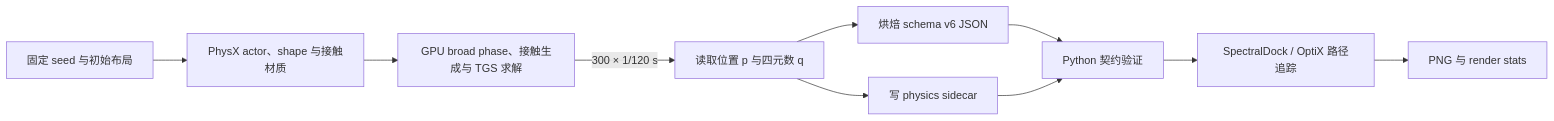
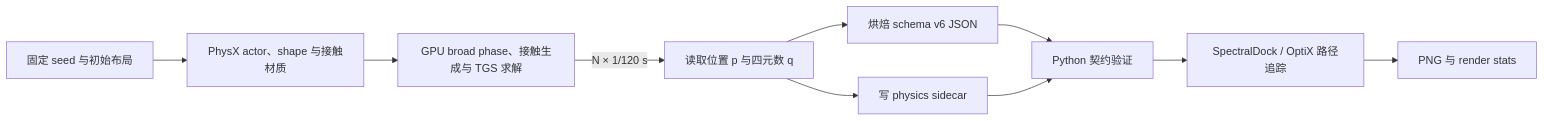
The diagram in docs/technical-report/10-physx-rigid-body-scene-baking.md (goooxu/SpectralDock), drawn with Mermaid before and after one commit. The commit also changed other lines of this file and 23 other files, not shown here.

```diff
--- a/docs/technical-report/10-physx-rigid-body-scene-baking.md
+++ b/docs/technical-report/10-physx-rigid-body-scene-baking.md
@@ -18,12 +20,12 @@
 ~~~mermaid
 flowchart LR
     A["固定 seed 与初始布局"] --> B["PhysX actor、shape 与接触材质"]
     B --> C["GPU broad phase、接触生成与 TGS 求解"]
-    C -->|"300 × 1/120 s"| D["读取位置 p 与四元数 q"]
+    C -->|"N × 1/120 s"| D["读取位置 p 与四元数 q"]
     D --> E["烘焙 schema v6 JSON"]
     D --> F["写 physics sidecar"]
     E --> G["Python 契约验证"]
     F --> G
     G --> H["SpectralDock / OptiX 路径追踪"]
     H --> I["PNG 与 render stats"]
 ~~~
```
